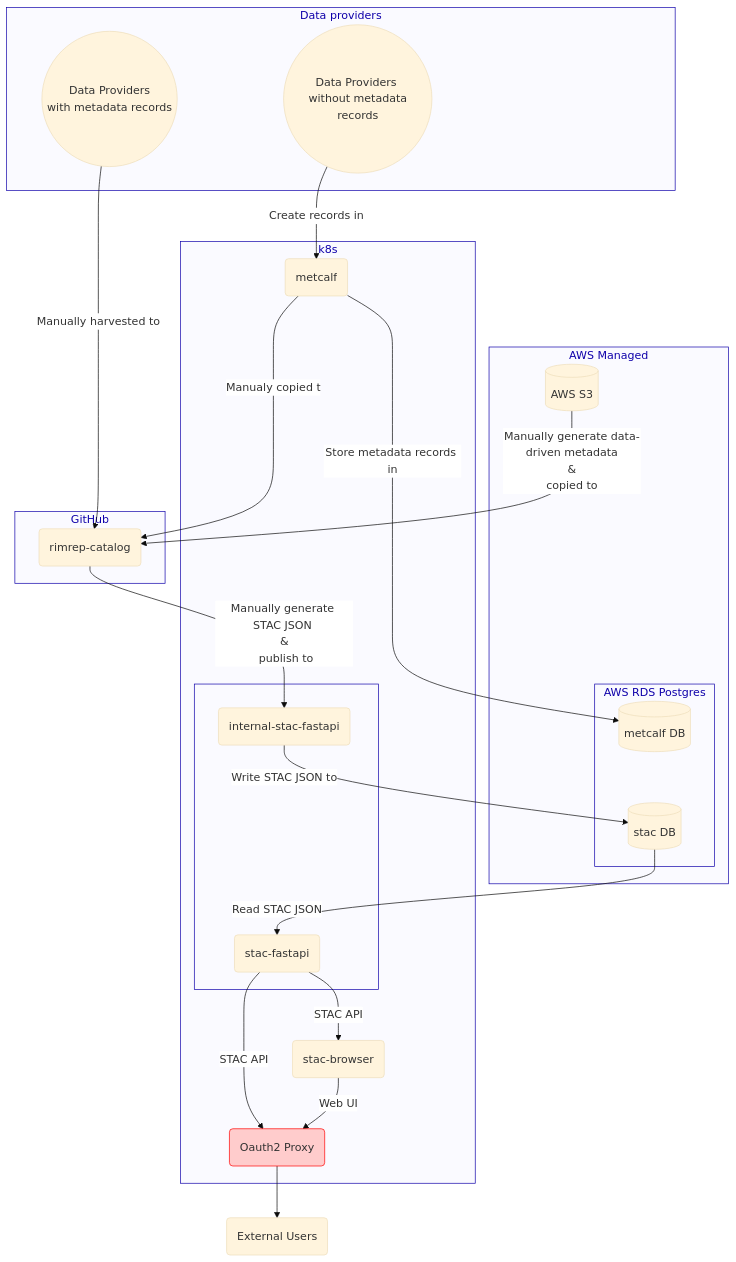
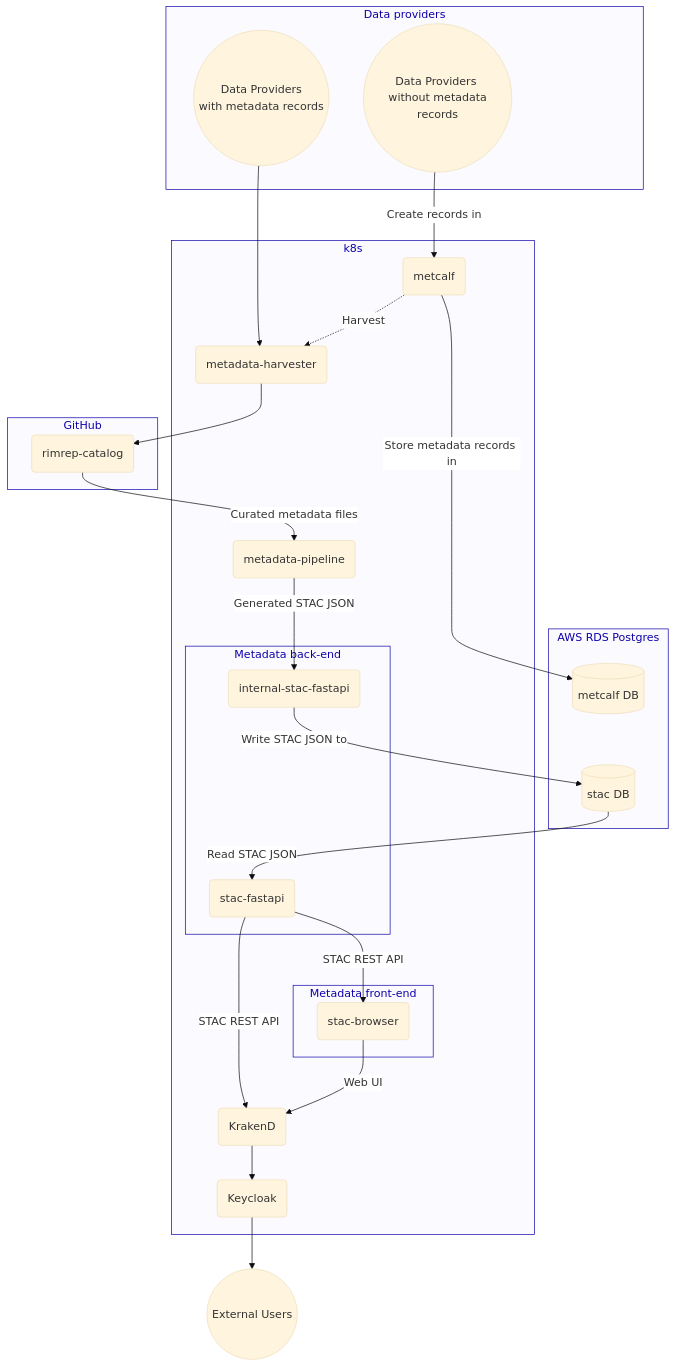
One commit to gbr-dms/rimrep-documentation changed the first of 2 diagrams in docs/architecture/components/metadata-system.md. Above: the diagram before and after it, drawn with Mermaid. The commit also changed other lines of this file, not shown here.

Commit message:
Update metadata architecture diagram

````diff
--- a/docs/architecture/components/metadata-system.md
+++ b/docs/architecture/components/metadata-system.md
@@ -28,68 +28,72 @@
 ```mermaid
 %%{
   init: {
     'theme': 'base',
     'themeVariables': {
       'edgeLabelBackground': '#ffffff',
       'tertiaryTextColor': '#0f00aa',
       'clusterBkg': '#fafaff',
       'clusterBorder': '#0f00aa'
     }
   }
 }%%
 
 flowchart TB
   classDef red fill:#ffcccc,stroke:#ff0000;
 
   subgraph data_providers ["Data providers"]
     external((Data Providers <br> with metadata records))
     metadata_providers((Data Providers <br> without metadata records))
   end
 
   subgraph github ["GitHub"]
     catalog(rimrep-catalog)
   end
 
-   subgraph aws_managed ["AWS Managed"]
-    subgraph aws_rds["AWS RDS Postgres"]
-        aws_rds_metcalf[(metcalf DB)]
-        aws_rds_stac[(stac DB)]
-        aws_rds_metcalf ~~~ aws_rds_stac
-    end
-    aws_S3[(AWS S3)]
+  subgraph aws_rds["AWS RDS Postgres"]
+      aws_rds_metcalf[(metcalf DB)]
+      aws_rds_stac[(stac DB)]
+      aws_rds_metcalf ~~~ aws_rds_stac
   end
 
   subgraph "k8s"
 
-    subgraph stac_fastapi_group[" "]
+    subgraph stac_fastapi_group["Metadata back-end"]
       stac_fastapi(stac-fastapi)
       internal_stac_fastapi(internal-stac-fastapi)
     end
 
-    metadata_frontend(stac-browser)
-    oauth2_proxy(Oauth2 Proxy):::red
+    subgraph frontend_group["Metadata front-end"]
+      metadata_frontend(stac-browser)
+    end
+
+    metadata_harvester(metadata-harvester)
+    metadata_pipeline(metadata-pipeline)
+    krakend(KrakenD)
+    keycloak(Keycloak)
 
     metcalf(metcalf)
   end
 
-  data_providers ~~~ aws_managed
+  data_providers ~~~ aws_rds
 
-  external_users(External Users)
+  external_users((External Users))
 
   internal_stac_fastapi -->  |Write STAC JSON to|aws_rds_stac
   metcalf --> |Store metadata records in| aws_rds_metcalf
   aws_rds_stac --> |Read STAC JSON|stac_fastapi
 
-  external -- Manually harvested to --> catalog
-  aws_S3 -- "`Manually generate data-driven metadata<br>&<br>copied to`" --> catalog
-  metcalf --Manualy copied to--> catalog
+  external --> metadata_harvester
+  metadata_harvester --> catalog
+  metcalf -. Harvest .-> metadata_harvester
 
-  catalog --"`Manually generate STAC JSON <br> & <br> publish to`"--> internal_stac_fastapi
+  catalog --"Curated metadata files"--> metadata_pipeline
+  metadata_pipeline -- "Generated STAC JSON"--> internal_stac_fastapi
  
-  stac_fastapi -->|STAC API| oauth2_proxy & metadata_frontend
-
-  metadata_frontend -->|Web UI| oauth2_proxy
-  oauth2_proxy --> external_users
+  stac_fastapi -->|STAC REST API| krakend & metadata_frontend
+  metadata_frontend --> |Web UI| krakend
+  krakend --> keycloak
+  keycloak --> external_users
 
   metadata_providers -->|Create records in| metcalf
 ```
````
